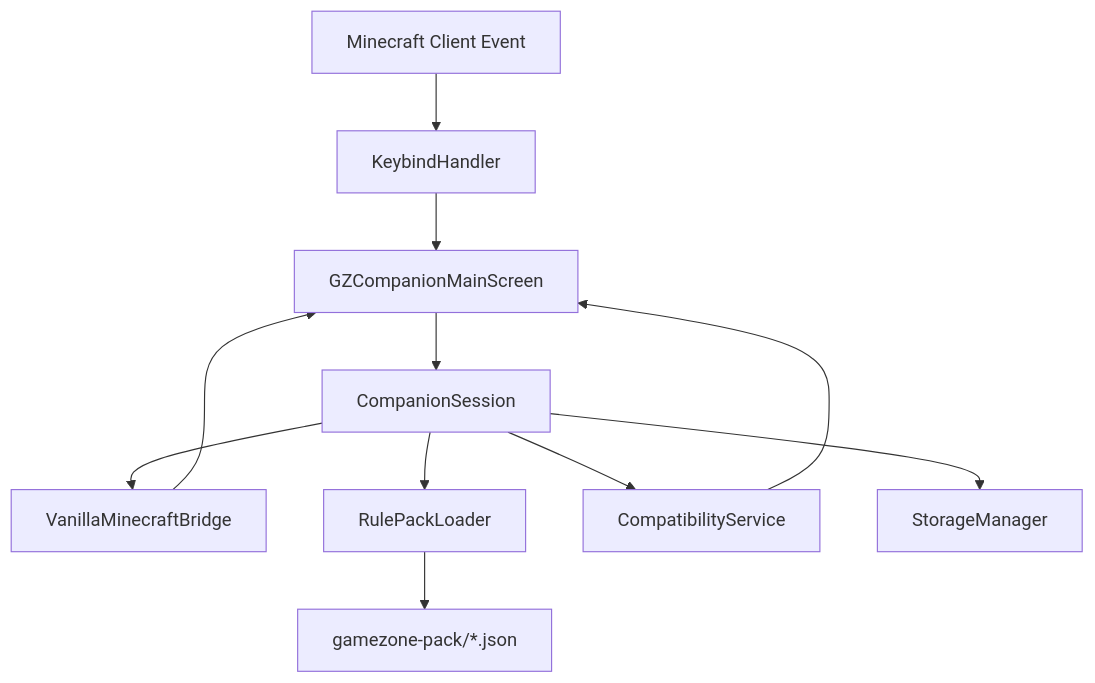
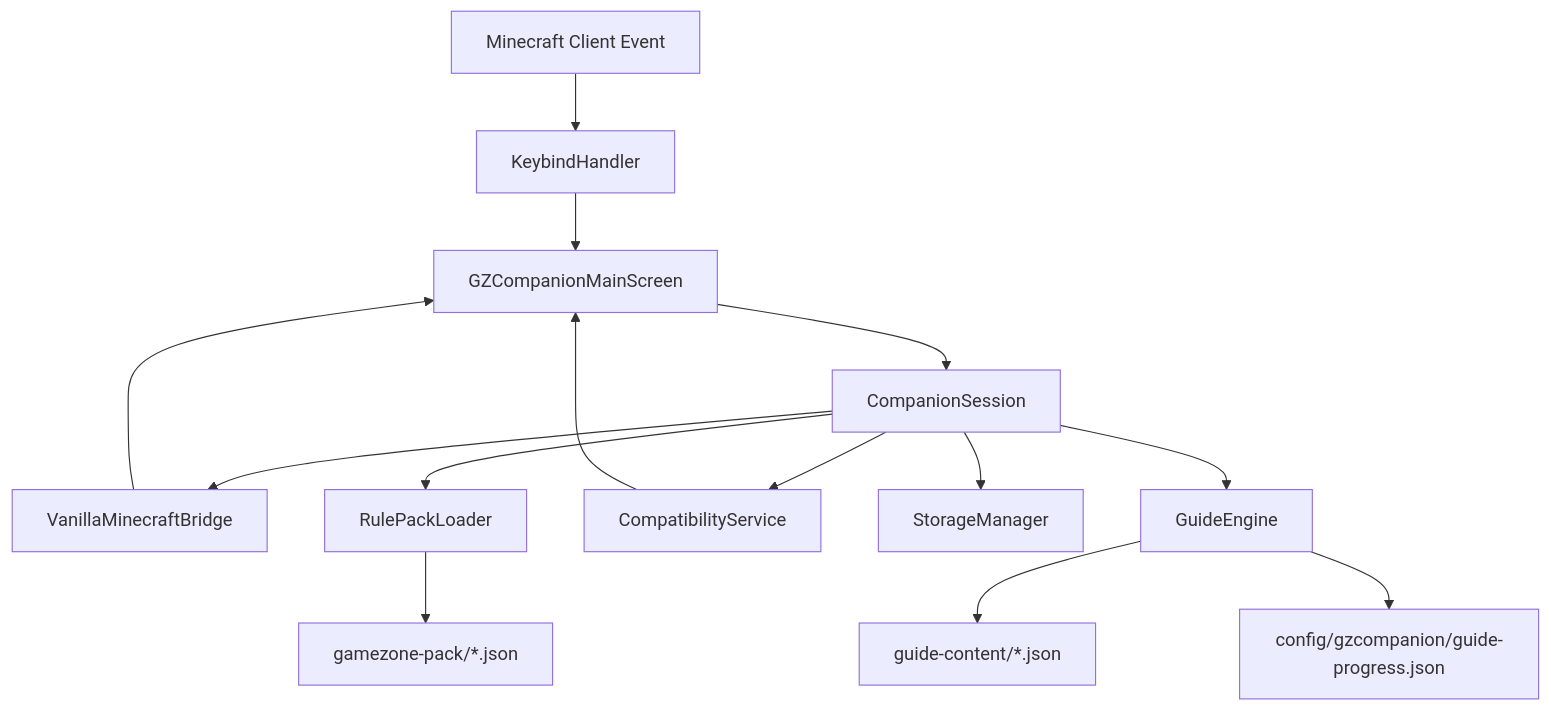
One commit to Jimmy7610/GZ-Companion changed the diagram in docs/ARCHITECTURE.md. Above: the diagram before and after it, drawn with Mermaid. The commit also changed other lines of this file and 44 other files, not shown here.

Commit message:
feat: implement Milestone 2 data-driven guide engine and UI

````diff
--- a/docs/ARCHITECTURE.md
+++ b/docs/ARCHITECTURE.md
@@ -53,13 +63,16 @@
 ```mermaid
 graph TD
     A[Minecraft Client Event] --> B[KeybindHandler]
     B --> C[GZCompanionMainScreen]
     C --> D[CompanionSession]
     D --> E[VanillaMinecraftBridge]
     D --> F[RulePackLoader]
     D --> G[CompatibilityService]
     D --> H[StorageManager]
+    D --> J[GuideEngine]
     F --> I[gamezone-pack/*.json]
+    J --> K[guide-content/*.json]
+    J --> L[config/gzcompanion/guide-progress.json]
     G --> C
     E --> C
 ```
````
